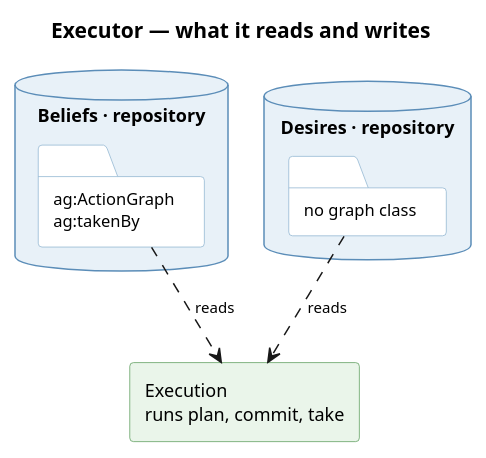
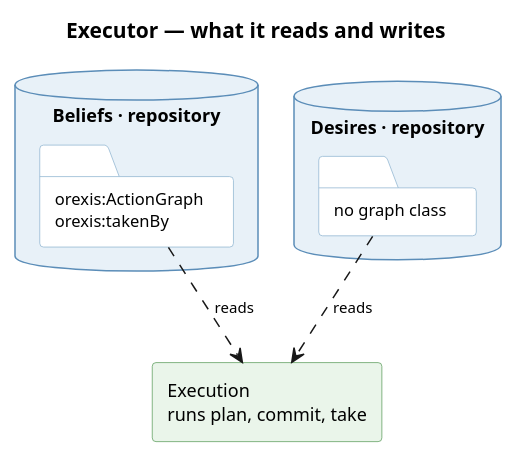
The diagram in knowledge/diagrams/service-executor.puml (ShishkinDmitriy/orexis), drawn with PlantUML before and after one commit. The commit also changed 296 other files, not shown here.

```diff
--- a/knowledge/diagrams/service-executor.puml
+++ b/knowledge/diagrams/service-executor.puml
@@ -1,38 +1,38 @@
 @startuml service-executor
 title Executor — what it reads and writes
 
 skinparam componentStyle rectangle
 skinparam shadowing false
 skinparam defaultFontSize 12
 skinparam titleFontSize 14
 skinparam ArrowFontSize 10
 skinparam database {
   BackgroundColor #E8F1F8
   BorderColor #5B8DB8
 }
 skinparam folder {
   BackgroundColor #FFFFFF
   BorderColor #8FB4D0
   FontSize 11
 }
 skinparam component {
   BackgroundColor #EAF5EA
   BorderColor #5E9E5E
 }
 
 
 database "Beliefs · repository" as BEL {
-  folder "ag:ActionGraph\nag:takenBy" as A
+  folder "orexis:ActionGraph\norexis:takenBy" as A
 }
 
 database "Desires · repository" as DES {
   folder "no graph class" as X
 }
 
 component "Execution\nruns plan, commit, take" as EX
 
 
 A ..> EX : reads
 X ..> EX : reads
 
 @enduml
```
